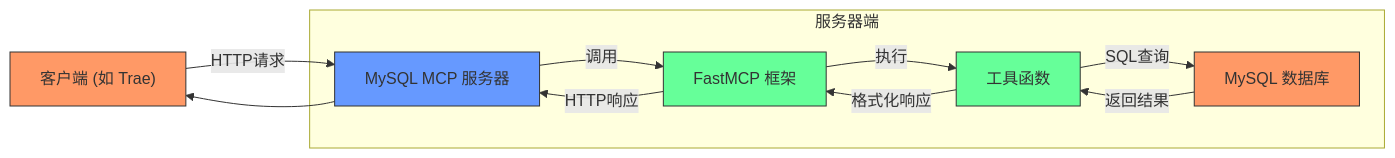
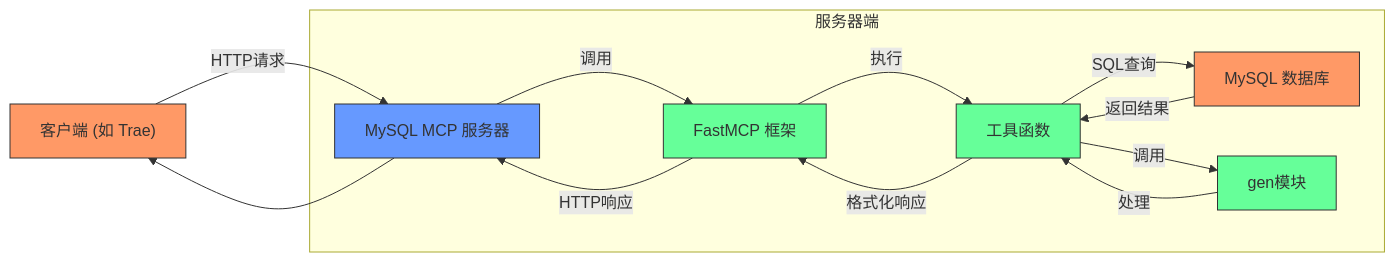
The second of 8 diagrams in .qoder/repowiki/zh/content/API参考/MySQL数据库操作API.md (junerver/multi_mcp_server), drawn with Mermaid before and after one commit. The commit also changed other lines of this file and 9 other files, not shown here.

````diff
--- a/.qoder/repowiki/zh/content/API参考/MySQL数据库操作API.md
+++ b/.qoder/repowiki/zh/content/API参考/MySQL数据库操作API.md
@@ -70,22 +92,26 @@
 ```mermaid
 graph LR
 Client["客户端 (如 Trae)"] --> |HTTP请求| Server["MySQL MCP 服务器"]
 Server --> |调用| FastMCP["FastMCP 框架"]
 FastMCP --> |执行| Tool["工具函数"]
 Tool --> |SQL查询| Database["MySQL 数据库"]
 Database --> |返回结果| Tool
+Tool --> |调用| GenModule["gen模块"]
+GenModule --> |处理| Tool
 Tool --> |格式化响应| FastMCP
 FastMCP --> |HTTP响应| Server
 Server --> Client
 subgraph "服务器端"
 Server
 FastMCP
 Tool
 Database
+GenModule
 end
 style Client fill:#f96,stroke:#333
 style Server fill:#69f,stroke:#333
 style FastMCP fill:#6f9,stroke:#333
 style Tool fill:#6f9,stroke:#333
 style Database fill:#f96,stroke:#333
+style GenModule fill:#6f9,stroke:#333
 ```
````
